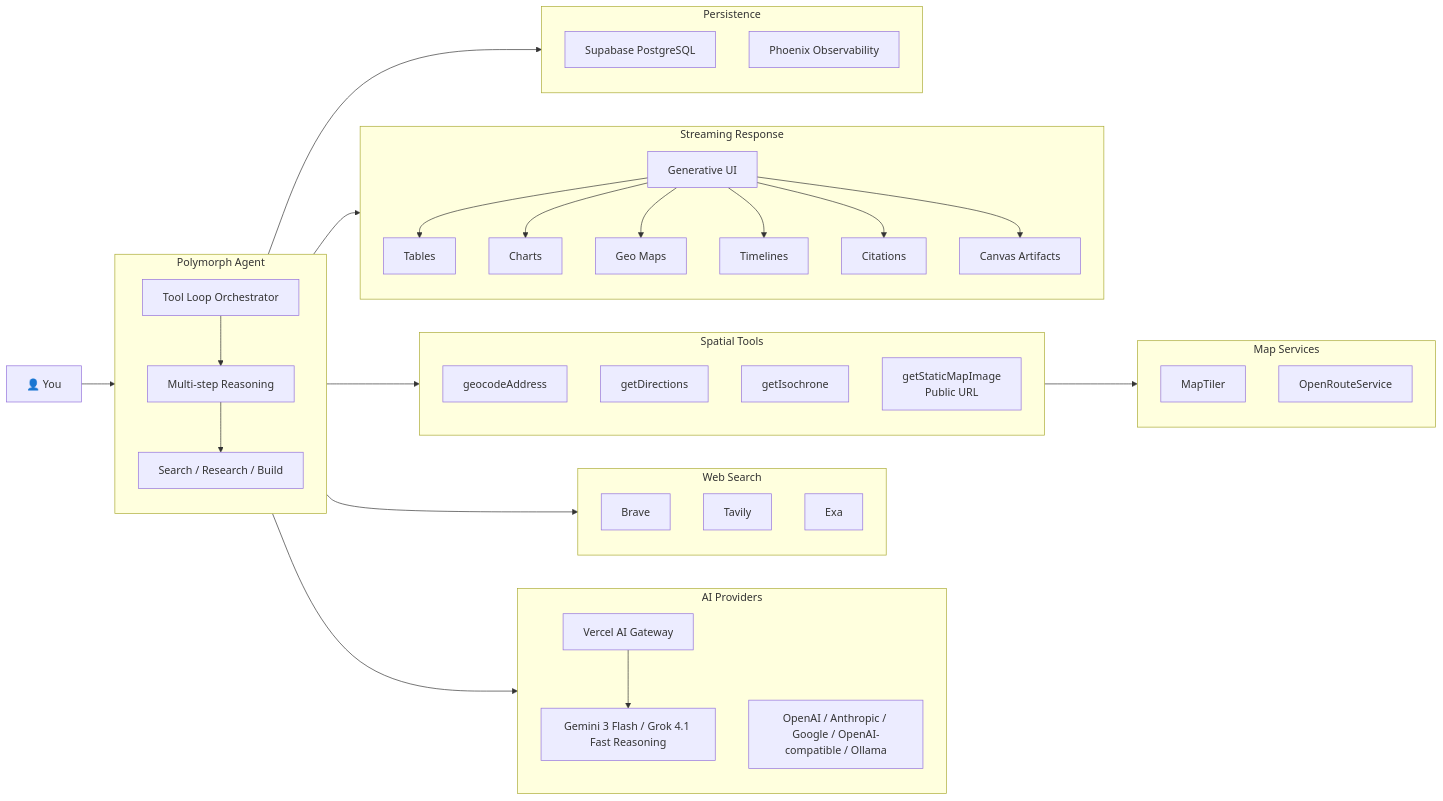
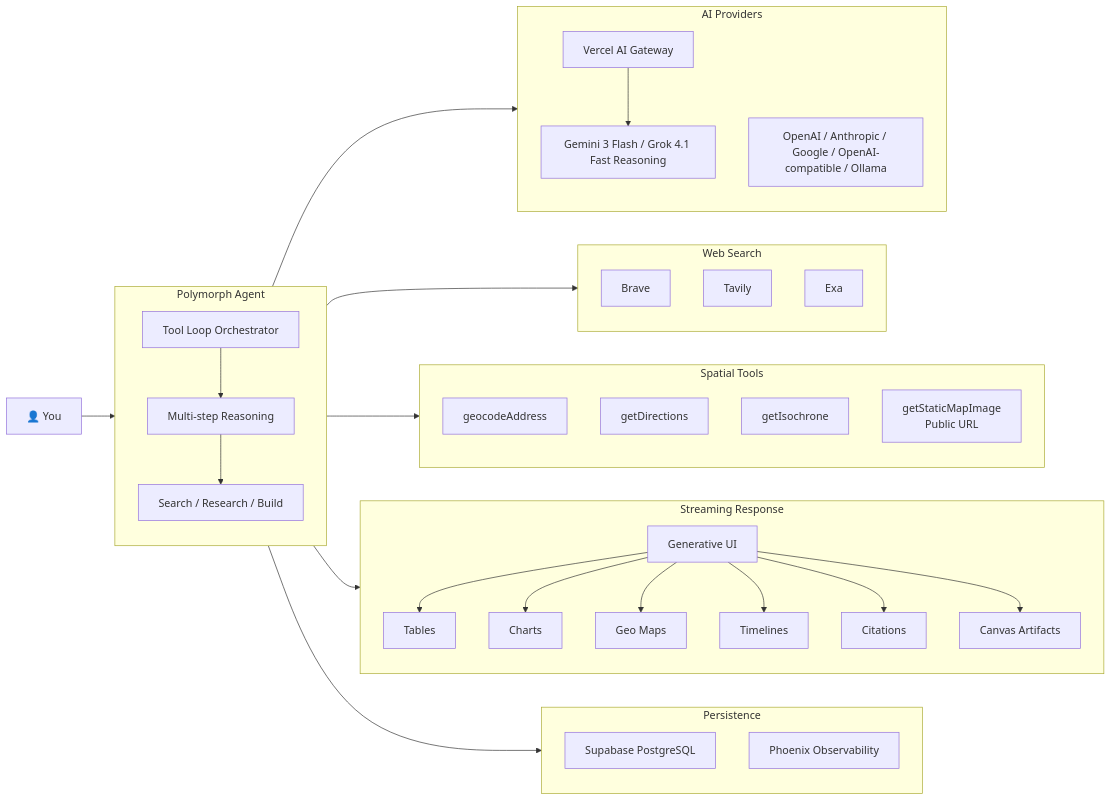
The diagram in README.md (NickB03/polymorph), drawn with Mermaid before and after one commit. The commit also changed other lines of this file, not shown here.

Commit message:
docs(readme): de-emphasize map APIs and tighten landing page
Remove the Quickstart paragraph calling out MAPTILER/ORS keys (already
documented in docs/getting-started/ENVIRONMENT.md). Drop the Mermaid
"Map Services" subgraph so the architecture diagram reflects
capabilities rather than vendors of optional services. Reorder the
Features list so Canvas artifacts leads, and wrap the architecture
diagram in a <details> disclosure so the above-the-fold shifts to
product value instead of a 62-line diagram. Add social-preview.png as
a hero beneath the badge row.

````diff
--- a/README.md
+++ b/README.md
@@ -30,63 +36,57 @@
 ```mermaid
 graph LR
     User["👤 You"]
 
     subgraph Agent["Polymorph Agent"]
         direction TB
         Orchestrator["Tool Loop Orchestrator"]
         Reasoning["Multi-step Reasoning"]
         Modes["Search / Research / Build"]
         Orchestrator --> Reasoning --> Modes
     end
 
     subgraph Providers["AI Providers"]
         direction TB
         Gateway["Vercel AI Gateway"]
         GatewayModels["Gemini 3 Flash / Grok 4.1 Fast Reasoning"]
         Direct["OpenAI / Anthropic / Google / OpenAI-compatible / Ollama"]
         Gateway --> GatewayModels
     end
 
     subgraph Search["Web Search"]
         Brave["Brave"]
         Tavily["Tavily"]
         Exa["Exa"]
     end
 
     subgraph Geo["Spatial Tools"]
         Geocode["geocodeAddress"]
         Directions["getDirections"]
         Isochrone["getIsochrone"]
         StaticMap["getStaticMapImage<br/>Public URL"]
     end
 
-    subgraph MapServices["Map Services"]
-        MapTiler["MapTiler"]
-        ORS["OpenRouteService"]
-    end
-
     subgraph Response["Streaming Response"]
         direction TB
         GenUI["Generative UI"]
         Tables["Tables"]
         Charts["Charts"]
         GeoMaps["Geo Maps"]
         Timelines["Timelines"]
         Citations["Citations"]
         Canvas["Canvas Artifacts"]
         GenUI --> Tables & Charts & GeoMaps & Timelines & Citations & Canvas
     end
 
     subgraph Data["Persistence"]
         Supabase["Supabase PostgreSQL"]
         Phoenix["Phoenix Observability"]
     end
 
     User --> Agent
     Agent --> Providers
     Agent --> Search
     Agent --> Geo
-    Geo --> MapServices
     Agent --> Response
     Agent --> Data
 ```
````
